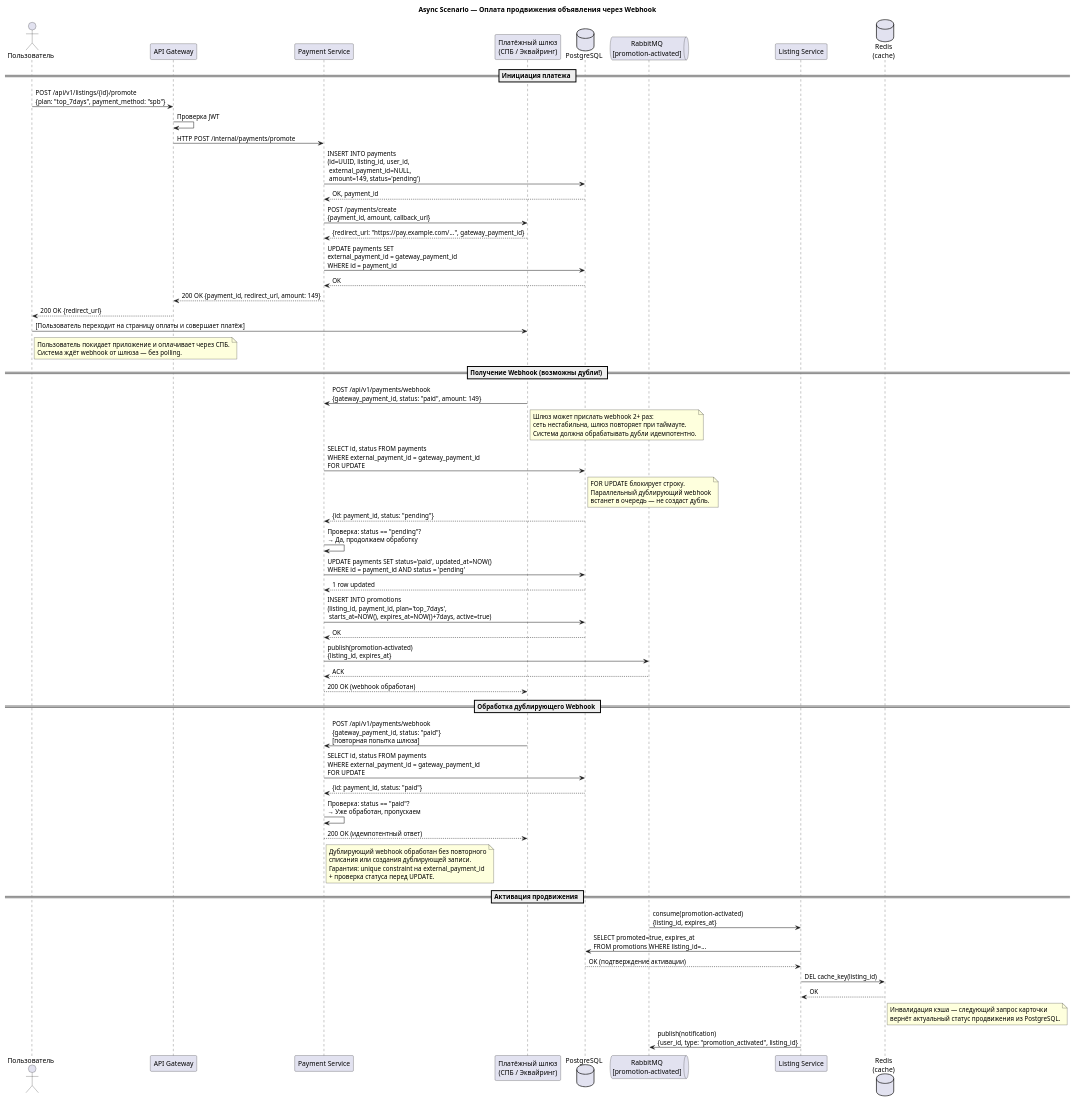
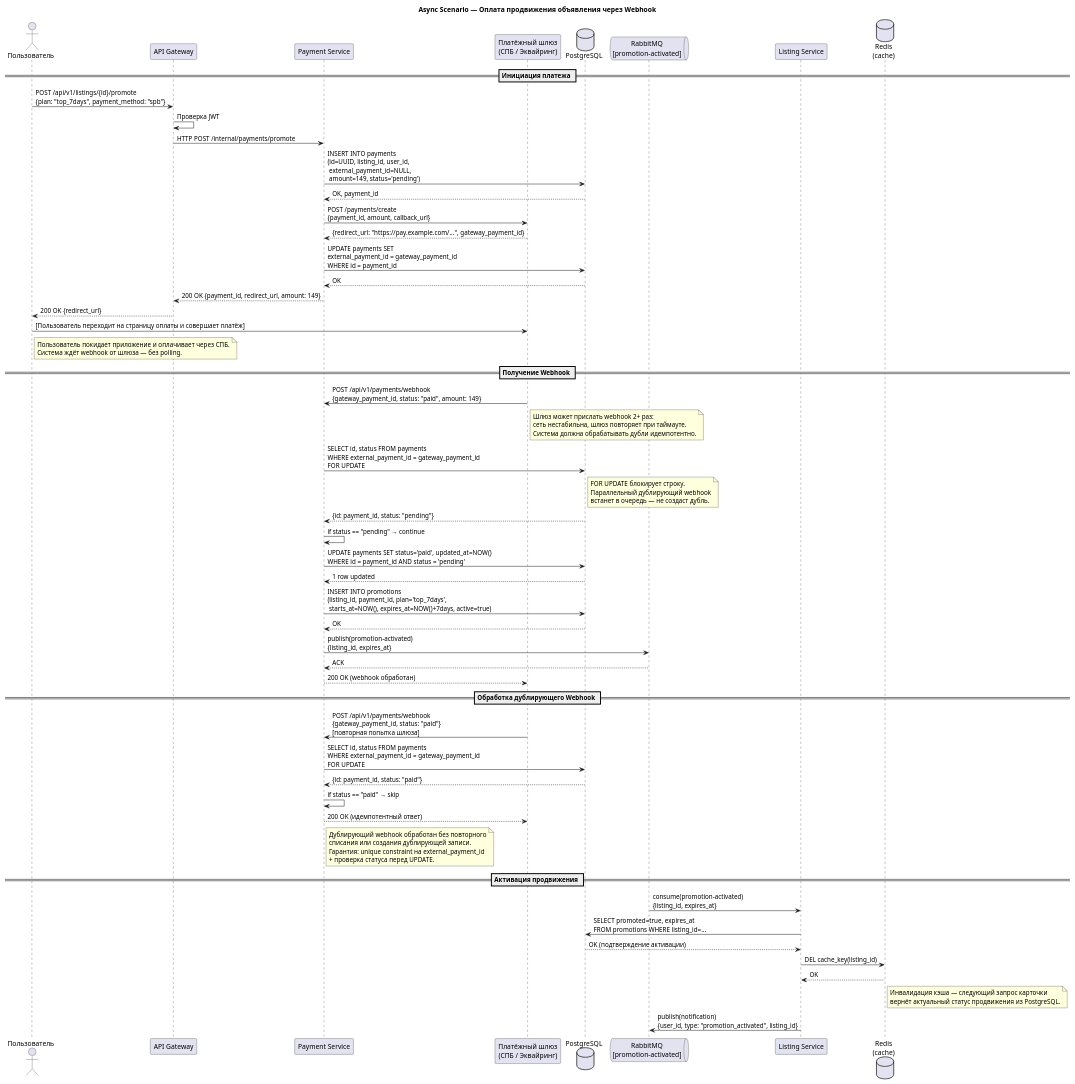
One commit to vitaliysev/highload changed the diagram in docs/diagrams/sequence-async.puml. Above: the diagram before and after it, drawn with PlantUML. The commit also changed 4 other files, not shown here.

```diff
--- a/docs/diagrams/sequence-async.puml
+++ b/docs/diagrams/sequence-async.puml
@@ -1,107 +1,107 @@
 @startuml Sequence_Async
 
 title Async Scenario — Оплата продвижения объявления через Webhook
 
 actor "Пользователь" as User
 participant "API Gateway" as GW
 participant "Payment Service" as PS
 participant "Платёжный шлюз\n(СПБ / Эквайринг)" as PGW
 database "PostgreSQL" as PG
 queue "RabbitMQ\n[promotion-activated]" as MQ
 participant "Listing Service" as LS
 database "Redis\n(cache)" as Redis
 
 == Инициация платежа ==
 
 User -> GW : POST /api/v1/listings/{id}/promote\n{plan: "top_7days", payment_method: "spb"}
 GW -> GW : Проверка JWT
 GW -> PS : HTTP POST /internal/payments/promote
 
 PS -> PG : INSERT INTO payments\n(id=UUID, listing_id, user_id,\n external_payment_id=NULL,\n amount=149, status='pending')
 PG --> PS : OK, payment_id
 
 PS -> PGW : POST /payments/create\n{payment_id, amount, callback_url}
 PGW --> PS : {redirect_url: "https://pay.example.com/...", gateway_payment_id}
 
 PS -> PG : UPDATE payments SET\nexternal_payment_id = gateway_payment_id\nWHERE id = payment_id
 PG --> PS : OK
 
 PS --> GW : 200 OK {payment_id, redirect_url, amount: 149}
 GW --> User : 200 OK {redirect_url}
 
 User -> PGW : [Пользователь переходит на страницу оплаты и совершает платёж]
 
 note right of User
   Пользователь покидает приложение и оплачивает через СПБ.
   Система ждёт webhook от шлюза — без polling.
 end note
 
-== Получение Webhook (возможны дубли!) ==
+== Получение Webhook ==
 
 PGW -> PS : POST /api/v1/payments/webhook\n{gateway_payment_id, status: "paid", amount: 149}
 
 note right of PGW
   Шлюз может прислать webhook 2+ раз:
   сеть нестабильна, шлюз повторяет при таймауте.
   Система должна обрабатывать дубли идемпотентно.
 end note
 
 PS -> PG : SELECT id, status FROM payments\nWHERE external_payment_id = gateway_payment_id\nFOR UPDATE
 
 note right of PG
   FOR UPDATE блокирует строку.
   Параллельный дублирующий webhook
   встанет в очередь — не создаст дубль.
 end note
 
 PG --> PS : {id: payment_id, status: "pending"}
 
-PS -> PS : Проверка: status == "pending"?\n→ Да, продолжаем обработку
+PS -> PS : if status == "pending" → continue
 
 PS -> PG : UPDATE payments SET status='paid', updated_at=NOW()\nWHERE id = payment_id AND status = 'pending'
 PG --> PS : 1 row updated
 
 PS -> PG : INSERT INTO promotions\n(listing_id, payment_id, plan='top_7days',\n starts_at=NOW(), expires_at=NOW()+7days, active=true)
 PG --> PS : OK
 
 PS -> MQ : publish(promotion-activated)\n{listing_id, expires_at}
 MQ --> PS : ACK
 
 PS --> PGW : 200 OK (webhook обработан)
 
 == Обработка дублирующего Webhook ==
 
 PGW -> PS : POST /api/v1/payments/webhook\n{gateway_payment_id, status: "paid"}\n[повторная попытка шлюза]
 
 PS -> PG : SELECT id, status FROM payments\nWHERE external_payment_id = gateway_payment_id\nFOR UPDATE
 PG --> PS : {id: payment_id, status: "paid"}
 
-PS -> PS : Проверка: status == "paid"?\n→ Уже обработан, пропускаем
+PS -> PS : if status == "paid" → skip
 
 PS --> PGW : 200 OK (идемпотентный ответ)
 
 note right of PS
   Дублирующий webhook обработан без повторного
   списания или создания дублирующей записи.
   Гарантия: unique constraint на external_payment_id
   + проверка статуса перед UPDATE.
 end note
 
 == Активация продвижения ==
 
 MQ -> LS : consume(promotion-activated)\n{listing_id, expires_at}
 
 LS -> PG : SELECT promoted=true, expires_at\nFROM promotions WHERE listing_id=...
 PG --> LS : OK (подтверждение активации)
 
 LS -> Redis : DEL cache_key(listing_id)
 Redis --> LS : OK
 
 note right of Redis
   Инвалидация кэша — следующий запрос карточки
   вернёт актуальный статус продвижения из PostgreSQL.
 end note
 
 LS -> MQ : publish(notification)\n{user_id, type: "promotion_activated", listing_id}
 
 @enduml
```
